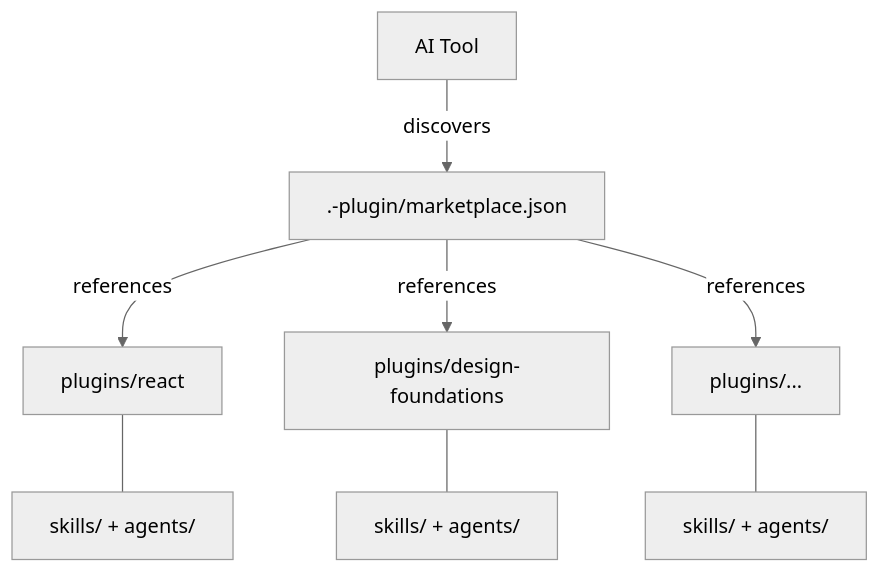
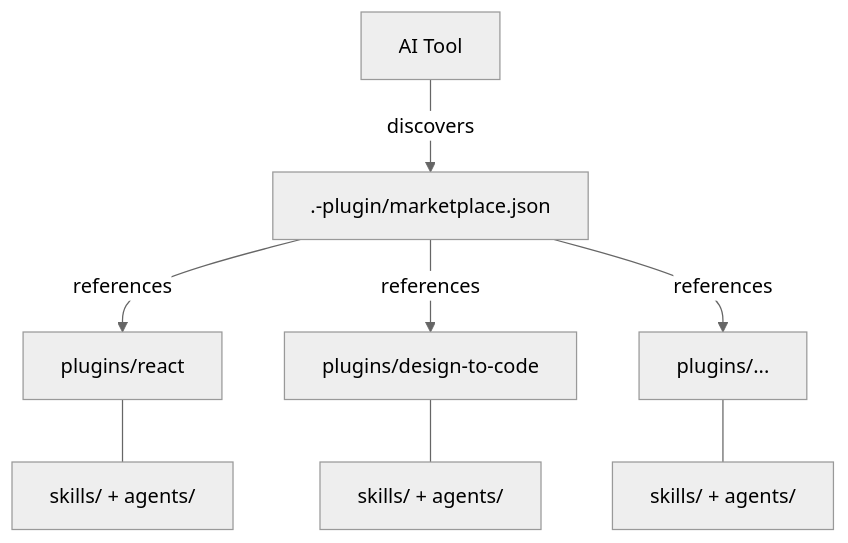
One commit to patternfly/ai-helpers changed the diagram in README.md. Above: the diagram before and after it, drawn with Mermaid (neutral theme). The commit also changed other lines of this file and 114 other files, not shown here.

````diff
--- a/README.md
+++ b/README.md
@@ -50,10 +50,10 @@
 ```mermaid
 graph TD
     A[AI Tool] -->|discovers| B[".<tool>-plugin/marketplace.json"]
     B -->|references| C[plugins/react]
-    B -->|references| D[plugins/design-foundations]
+    B -->|references| D[plugins/design-to-code]
     B -->|references| E[plugins/...]
     C --- F[skills/ + agents/]
     D --- G[skills/ + agents/]
     E --- H[skills/ + agents/]
 ```
````
